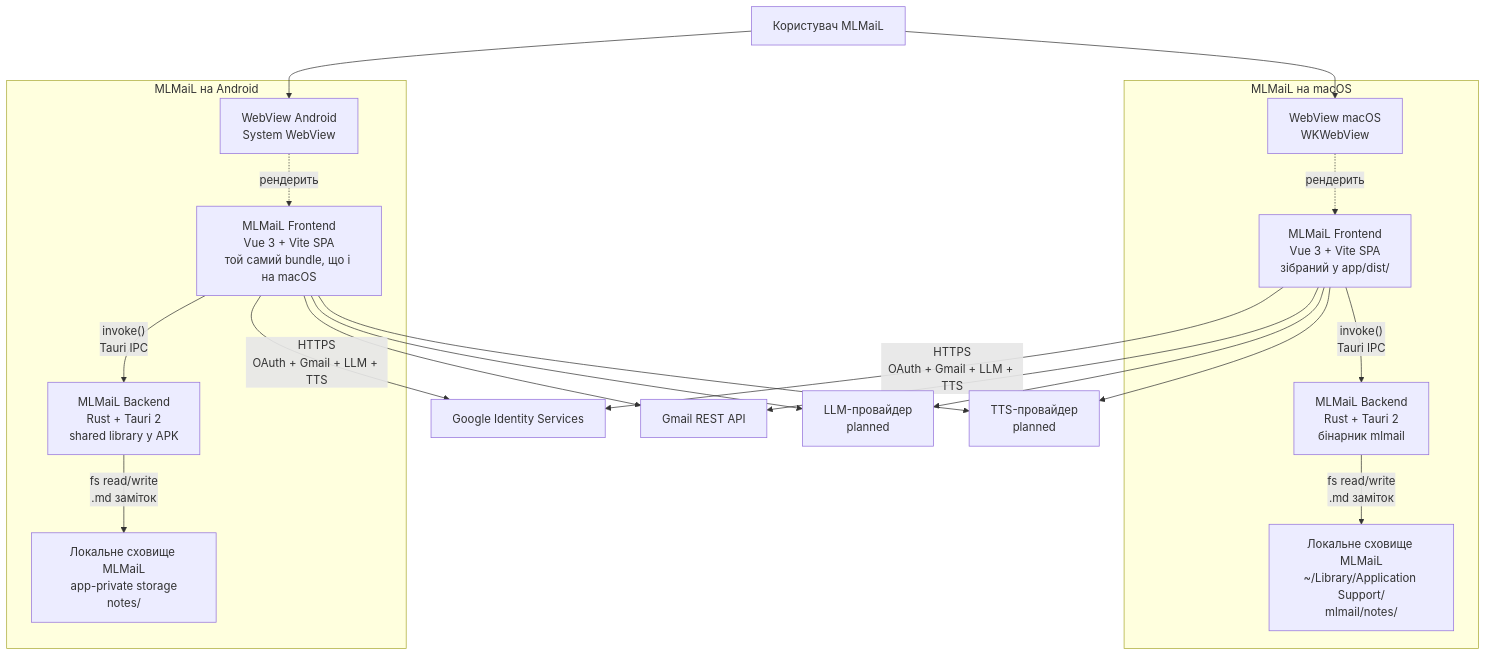
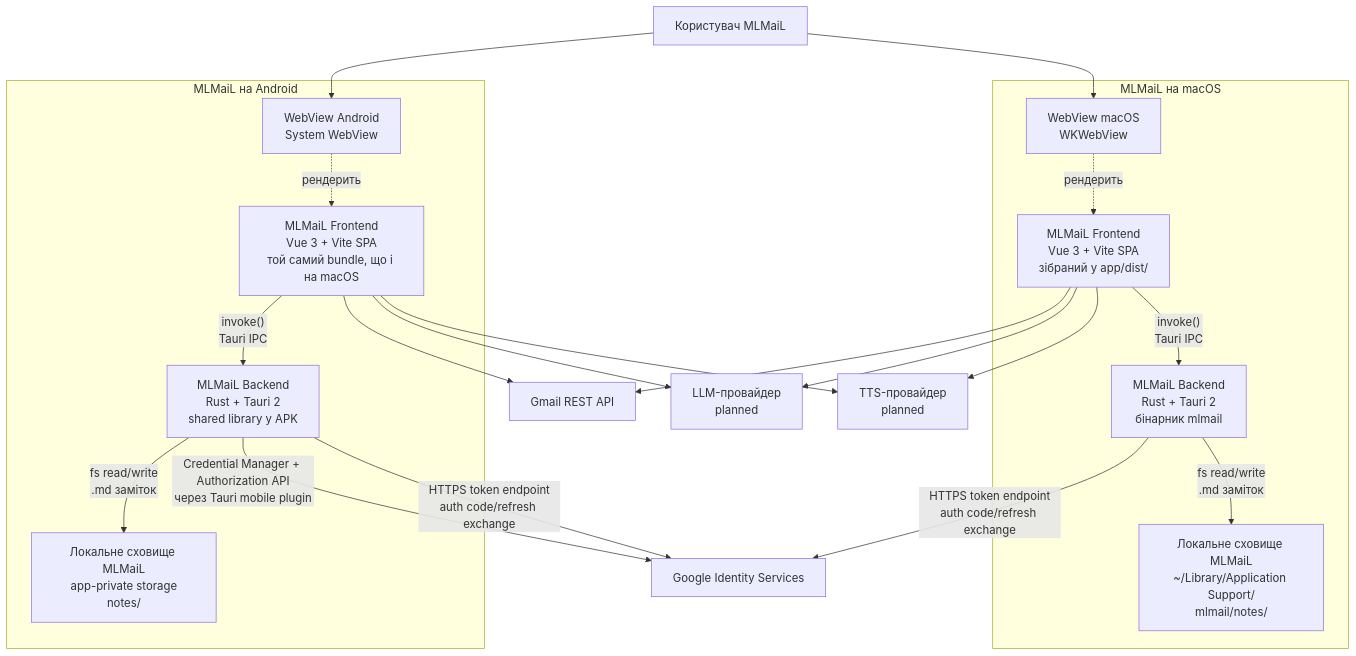
One commit to vitaliytv/mlmail changed the diagram in docs/ci4/02-containers.md. Above: the diagram before and after it, drawn with Mermaid. The commit also changed other lines of this file and 41 other files, not shown here.

First line of the commit message:
feat: implement Google OAuth across macOS and Android in MLMaiL

````diff
--- a/docs/ci4/02-containers.md
+++ b/docs/ci4/02-containers.md
@@ -11,45 +11,46 @@
 ```mermaid
 graph TB
     User[Користувач MLMaiL]
 
     subgraph MLMaiL_macOS["MLMaiL на macOS"]
         WebView_mac[WebView macOS<br/>WKWebView]
         Frontend_mac[MLMaiL Frontend<br/>Vue 3 + Vite SPA<br/>зібраний у app/dist/]
         Backend_mac[MLMaiL Backend<br/>Rust + Tauri 2<br/>бінарник mlmail]
         FS_mac[Локальне сховище MLMaiL<br/>~/Library/Application Support/<br/>mlmail/notes/]
     end
 
     subgraph MLMaiL_Android["MLMaiL на Android"]
         WebView_and[WebView Android<br/>System WebView]
         Frontend_and[MLMaiL Frontend<br/>Vue 3 + Vite SPA<br/>той самий bundle, що і на macOS]
         Backend_and[MLMaiL Backend<br/>Rust + Tauri 2<br/>shared library у APK]
         FS_and[Локальне сховище MLMaiL<br/>app-private storage<br/>notes/]
     end
 
     GoogleIdentity[Google Identity Services]
     GmailAPI[Gmail REST API]
     LLM[LLM-провайдер<br/>planned]
     TTS[TTS-провайдер<br/>planned]
 
     User --> WebView_mac
     User --> WebView_and
 
     WebView_mac -. рендерить .-> Frontend_mac
     WebView_and -. рендерить .-> Frontend_and
 
     Frontend_mac -- "invoke()<br/>Tauri IPC" --> Backend_mac
     Frontend_and -- "invoke()<br/>Tauri IPC" --> Backend_and
 
     Backend_mac -- "fs read/write<br/>.md заміток" --> FS_mac
     Backend_and -- "fs read/write<br/>.md заміток" --> FS_and
 
-    Frontend_mac -- "HTTPS<br/>OAuth + Gmail + LLM + TTS" --> GoogleIdentity
+    Backend_mac -- "HTTPS token endpoint<br/>auth code/refresh exchange" --> GoogleIdentity
     Frontend_mac --> GmailAPI
     Frontend_mac --> LLM
     Frontend_mac --> TTS
 
-    Frontend_and -- "HTTPS<br/>OAuth + Gmail + LLM + TTS" --> GoogleIdentity
+    Backend_and -- "Credential Manager + Authorization API<br/>через Tauri mobile plugin" --> GoogleIdentity
+    Backend_and -- "HTTPS token endpoint<br/>auth code/refresh exchange" --> GoogleIdentity
     Frontend_and --> GmailAPI
     Frontend_and --> LLM
     Frontend_and --> TTS
 ```
````
